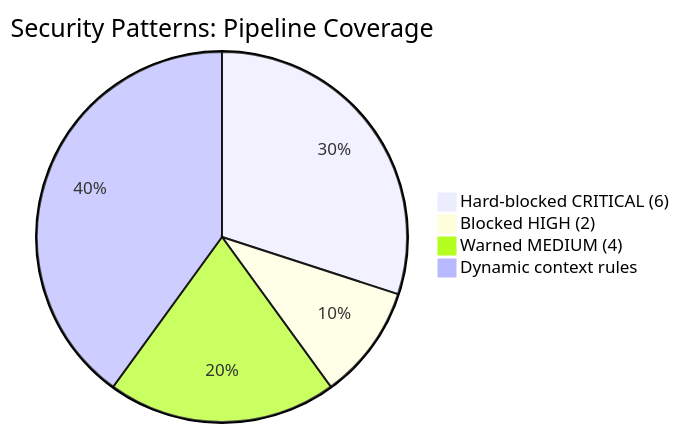
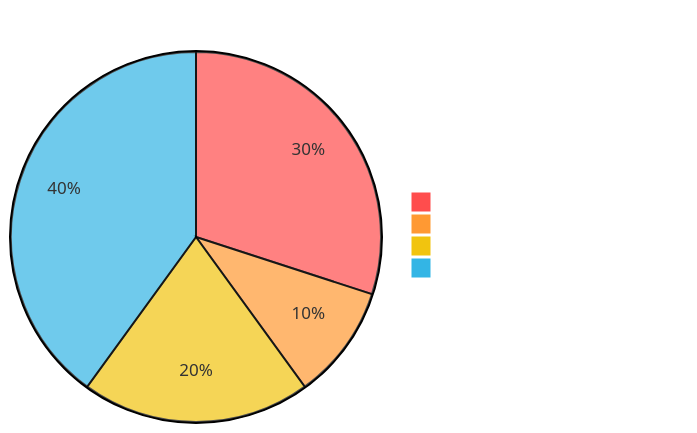
Before and after one commit to shantosaha/Antigravity-Seamless-Pipeline: the third of 9 diagrams in docs/PIPELINE_COMPARISON.md, drawn with Mermaid. The commit also changed other lines of this file and 1 other file, not shown here.

Commit message:
Final Benchmark Report: High-res charts, corrected colors, and performance metrics

````diff
--- a/docs/PIPELINE_COMPARISON.md
+++ b/docs/PIPELINE_COMPARISON.md
@@ -245,7 +279,8 @@
 ```mermaid
-pie title Security Patterns: Pipeline Coverage
-    "Hard-blocked CRITICAL (6)" : 6
-    "Blocked HIGH (2)" : 2
-    "Warned MEDIUM (4)" : 4
-    "Dynamic context rules" : 8
+%%{init: {"theme": "default", "themeCSS": "svg { background-color: #187addff !important; border-radius: 8px; padding: 10px; } text, tspan { fill: #ffffff !important; }", "themeVariables": { "pieTitleTextColor": "#ffffff", "pieLegendTextColor": "#ffffff", "pie1": "#ff4d4d", "pie2": "#ff9933", "pie3": "#f1c40f", "pie4": "#33b5e5" }}}%%
+pie title Security Rules Active in Pipeline
+    "Hard-blocked CRITICAL (6 rules)" : 6
+    "Blocked HIGH (2 rules)" : 2
+    "Warned MEDIUM (4 rules)" : 4
+    "Dynamic context rules (8 rules)" : 8
 ```
````
